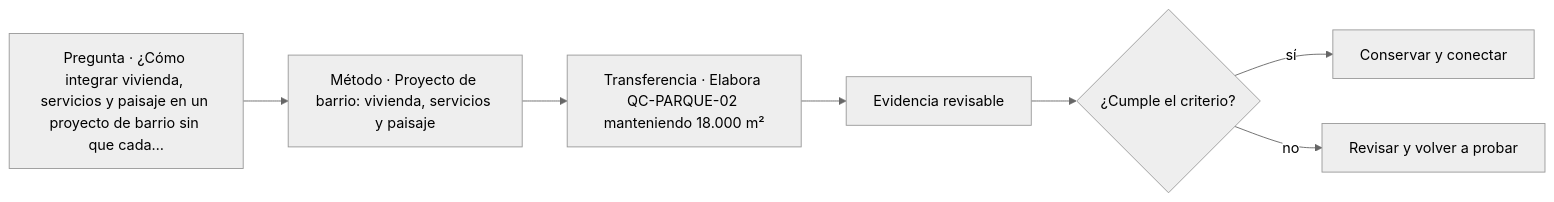
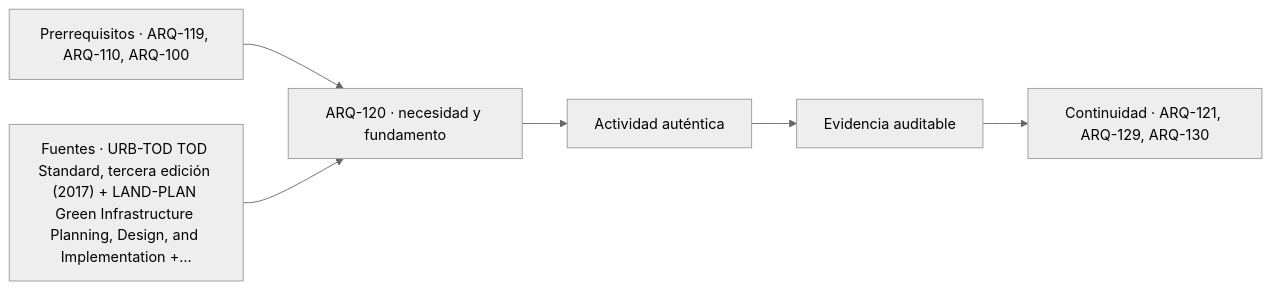
The diagram in classes/parte-12/ARQ-120.md (vladimiracunadev-create/architecture-built-environment-learning-program), drawn with Mermaid (neutral theme) before and after one commit. The commit also changed other lines of this file and 761 other files, not shown here.

````diff
--- a/classes/parte-12/ARQ-120.md
+++ b/classes/parte-12/ARQ-120.md
@@ -149,9 +161,8 @@
 ```mermaid
 flowchart LR
-    Q["Pregunta · ¿Cómo integrar vivienda, servicios y paisaje en un proyecto de barrio sin que cada…"] --> M["Método · Proyecto de barrio: vivienda, servicios y paisaje"]
-    M --> P["Transferencia · Elabora QC-PARQUE-02 manteniendo 18.000 m²"]
-    P --> E["Evidencia revisable"]
-    E --> C{"¿Cumple el criterio?"}
-    C -->|sí| T["Conservar y conectar"]
-    C -->|no| R["Revisar y volver a probar"]
+    A["Prerrequisitos · ARQ-119, ARQ-110, ARQ-100"] --> B["ARQ-120 · necesidad y fundamento"]
+    S["Fuentes · URB-TOD TOD Standard, tercera edición (2017) + LAND-PLAN Green Infrastructure Planning, Design, and Implementation +…"] --> B
+    B --> C["Actividad auténtica"]
+    C --> D["Evidencia auditable"]
+    D --> E["Continuidad · ARQ-121, ARQ-129, ARQ-130"]
 ```
````
